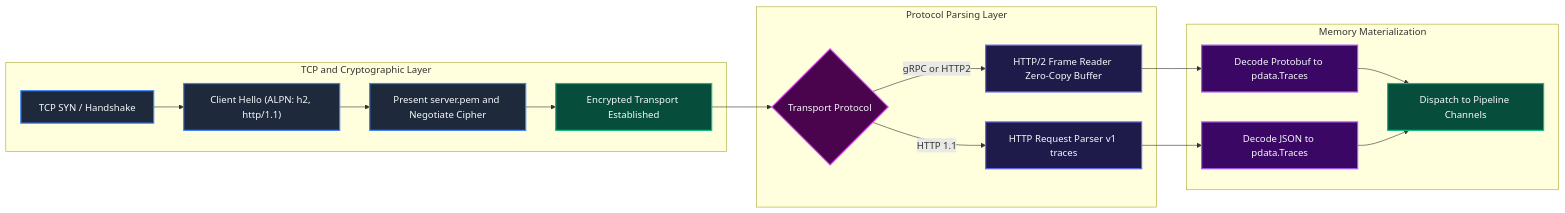
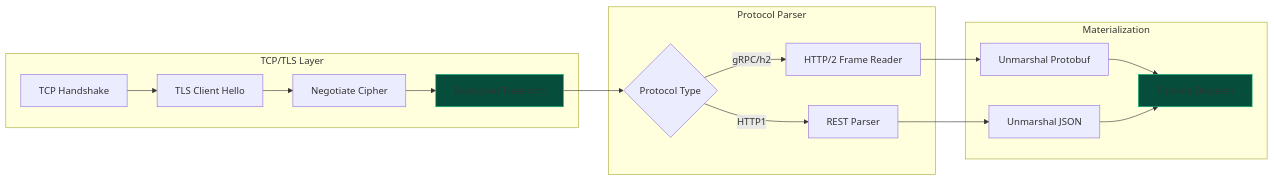
The fourth of 22 diagrams in docs/configDoc/otel-collector-configuration-guide.md (Chief-Strategist-J/llm-obs-infra), drawn with Mermaid before and after one commit. The commit also changed other lines of this file, not shown here.

Commit message:
fix(docs): resolve all Mermaid diagram syntax and layout rendering issues in otel configuration guide

````diff
--- a/docs/configDoc/otel-collector-configuration-guide.md
+++ b/docs/configDoc/otel-collector-configuration-guide.md
@@ -704,32 +711,35 @@
 ```mermaid
 graph LR
-    subgraph SocketEstablishment ["TCP and Cryptographic Layer"]
-        SYN["TCP SYN / Handshake"] --> TLSHello["Client Hello (ALPN: h2, http/1.1)"]
-        TLSHello --> ServerCert["Present server.pem and Negotiate Cipher"]
-        ServerCert --> EncryptedStream["Encrypted Transport Established"]
+    subgraph SocketEstablishment ["TCP/TLS Layer"]
+        SYN["TCP Handshake"]
+        TLSHello["TLS Client Hello"]
+        ServerCert["Negotiate Cipher"]
+        EncryptedStream["Encrypted Transport"]
+        SYN --> TLSHello
+        TLSHello --> ServerCert
+        ServerCert --> EncryptedStream
     end
 
-    subgraph ProtocolDecoding ["Protocol Parsing Layer"]
-        EncryptedStream --> StreamDetect{"Transport Protocol"}
-        StreamDetect -->|gRPC or HTTP2| H2Framer["HTTP/2 Frame Reader Zero-Copy Buffer"]
-        StreamDetect -->|HTTP 1.1| RESTParser["HTTP Request Parser v1 traces"]
+    subgraph ProtocolDecoding ["Protocol Parser"]
+        StreamDetect{"Protocol Type"}
+        H2Framer["HTTP/2 Frame Reader"]
+        RESTParser["REST Parser"]
+        StreamDetect -->|gRPC/h2| H2Framer
+        StreamDetect -->|HTTP1| RESTParser
     end
 
-    subgraph MemoryMapping ["Memory Materialization"]
-        H2Framer --> ProtoDecode["Decode Protobuf to pdata.Traces"]
-        RESTParser --> JSONDecode["Decode JSON to pdata.Traces"]
-        ProtoDecode --> DispatchPipe["Dispatch to Pipeline Channels"]
+    subgraph MemoryMapping ["Materialization"]
+        ProtoDecode["Unmarshal Protobuf"]
+        JSONDecode["Unmarshal JSON"]
+        DispatchPipe["Pipeline Dispatch"]
+        ProtoDecode --> DispatchPipe
         JSONDecode --> DispatchPipe
     end
 
-    style SYN fill:#1e293b,stroke:#3b82f6,stroke-width:2px,color:#f8fafc
-    style TLSHello fill:#1e293b,stroke:#3b82f6,stroke-width:2px,color:#f8fafc
-    style ServerCert fill:#1e293b,stroke:#3b82f6,stroke-width:2px,color:#f8fafc
-    style EncryptedStream fill:#064e3b,stroke:#10b981,stroke-width:2px,color:#f8fafc
-    style StreamDetect fill:#4a044e,stroke:#d946ef,stroke-width:2px,color:#f8fafc
-    style H2Framer fill:#1e1b4b,stroke:#6366f1,stroke-width:2px,color:#f8fafc
-    style RESTParser fill:#1e1b4b,stroke:#6366f1,stroke-width:2px,color:#f8fafc
-    style ProtoDecode fill:#3b0764,stroke:#a855f7,stroke-width:2px,color:#f8fafc
-    style JSONDecode fill:#3b0764,stroke:#a855f7,stroke-width:2px,color:#f8fafc
-    style DispatchPipe fill:#064e3b,stroke:#10b981,stroke-width:2px,color:#f8fafc
+    EncryptedStream --> StreamDetect
+    H2Framer --> ProtoDecode
+    RESTParser --> JSONDecode
+
+    style EncryptedStream fill:#064e3b,stroke:#10b981
+    style DispatchPipe fill:#064e3b,stroke:#10b981
 ```
````
